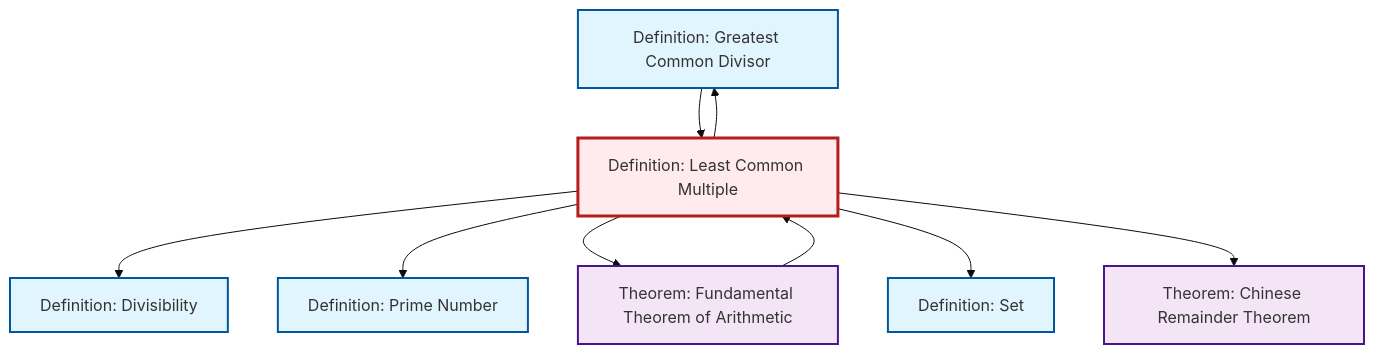
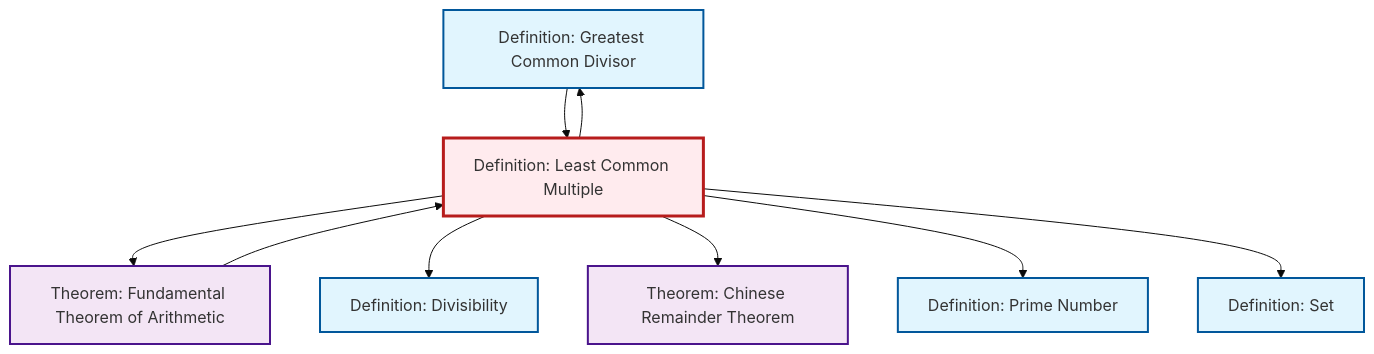
Before and after one commit to RK0429/ModernMath: the diagram in content/ja/number-theory/def-lcm.qmd, drawn with Mermaid (base theme). The commit also changed other lines of this file and 654 other files, not shown here.

````diff
--- a/content/ja/number-theory/def-lcm.qmd
+++ b/content/ja/number-theory/def-lcm.qmd
@@ -84,31 +84,31 @@
 ```{mermaid}
 %%| fig-cap: "Local dependency graph"
 graph TD
     classDef definition fill:#e1f5fe,stroke:#01579b,stroke-width:2px
     classDef theorem fill:#f3e5f5,stroke:#4a148c,stroke-width:2px
     classDef axiom fill:#fff3e0,stroke:#e65100,stroke-width:2px
     classDef example fill:#e8f5e9,stroke:#1b5e20,stroke-width:2px
     classDef current fill:#ffebee,stroke:#b71c1c,stroke-width:3px
+    thm-chinese-remainder["Theorem: Chinese Remainder Theorem"]:::theorem
+    def-set["Definition: Set"]:::definition
     def-gcd["Definition: Greatest Common Divisor"]:::definition
+    def-divisibility["Definition: Divisibility"]:::definition
+    thm-fundamental-arithmetic["Theorem: Fundamental Theorem of Arithmetic"]:::theorem
     def-lcm["Definition: Least Common Multiple"]:::definition
-    thm-fundamental-arithmetic["Theorem: Fundamental Theorem of Arithmetic"]:::theorem
-    def-divisibility["Definition: Divisibility"]:::definition
-    thm-chinese-remainder["Theorem: Chinese Remainder Theorem"]:::theorem
     def-prime["Definition: Prime Number"]:::definition
-    def-set["Definition: Set"]:::definition
+    def-gcd --> def-lcm
+    def-lcm --> thm-fundamental-arithmetic
+    def-lcm --> def-divisibility
+    def-lcm --> thm-chinese-remainder
+    def-lcm --> def-gcd
+    def-lcm --> def-prime
+    def-lcm --> def-set
     thm-fundamental-arithmetic --> def-lcm
-    def-lcm --> def-divisibility
-    def-lcm --> def-prime
-    def-lcm --> thm-fundamental-arithmetic
-    def-lcm --> def-gcd
-    def-lcm --> def-set
-    def-gcd --> def-lcm
-    def-lcm --> thm-chinese-remainder
     class def-lcm current
+    click thm-chinese-remainder "thm-chinese-remainder.html" "Theorem: Chinese Remainder Theoremへ"
+    click def-set "def-set.html" "Definition: Setへ"
     click def-gcd "def-gcd.html" "Definition: Greatest Common Divisorへ"
+    click def-divisibility "def-divisibility.html" "Definition: Divisibilityへ"
     click thm-fundamental-arithmetic "thm-fundamental-arithmetic.html" "Theorem: Fundamental Theorem of Arithmeticへ"
-    click def-divisibility "def-divisibility.html" "Definition: Divisibilityへ"
-    click thm-chinese-remainder "thm-chinese-remainder.html" "Theorem: Chinese Remainder Theoremへ"
     click def-prime "def-prime.html" "Definition: Prime Numberへ"
-    click def-set "def-set.html" "Definition: Setへ"
 ```
````
